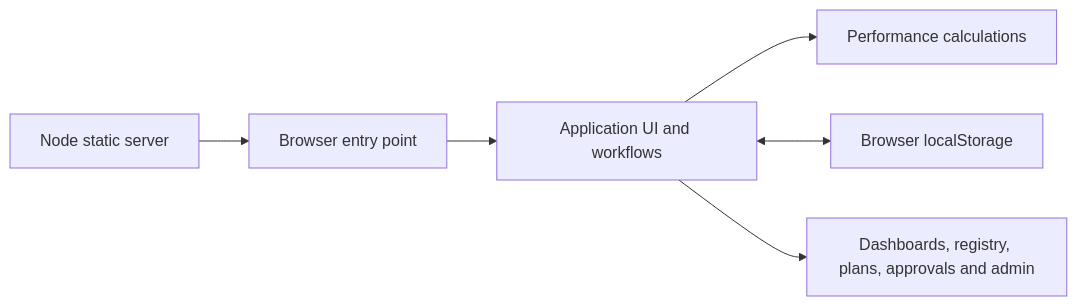
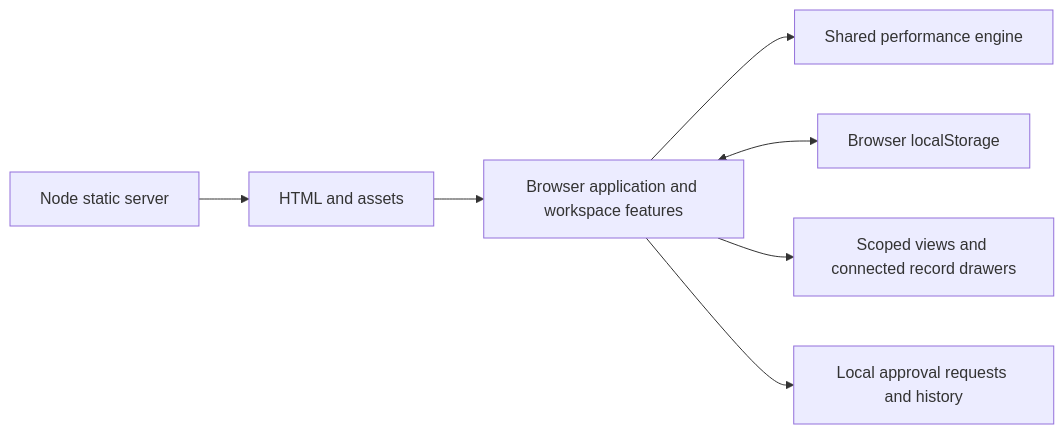
The diagram in docs/ARCHITECTURE.md (Ojashwas/itqaniqpro2), drawn with Mermaid before and after one commit. The commit also changed other lines of this file and 10 other files, not shown here.

````diff
--- a/docs/ARCHITECTURE.md
+++ b/docs/ARCHITECTURE.md
@@ -7,8 +9,9 @@
 ```mermaid
 flowchart LR
-    Server[Node static server] --> Entry[Browser entry point]
-    Entry --> App[Application UI and workflows]
-    App --> Engine[Performance calculations]
+    Server[Node static server] --> Entry[HTML and assets]
+    Entry --> App[Browser application and workspace features]
+    App --> Engine[Shared performance engine]
     App <--> Store[Browser localStorage]
-    App --> Views[Dashboards, registry, plans, approvals and admin]
+    App --> Views[Scoped views and connected record drawers]
+    App --> Requests[Local approval requests and history]
 ```
````
